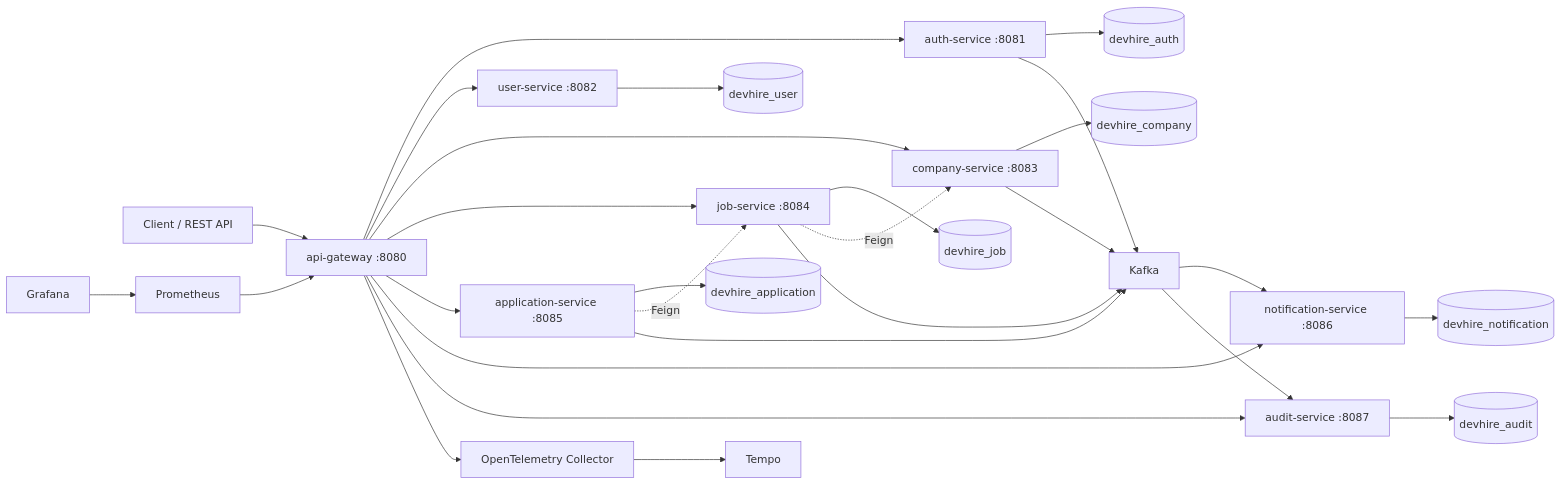
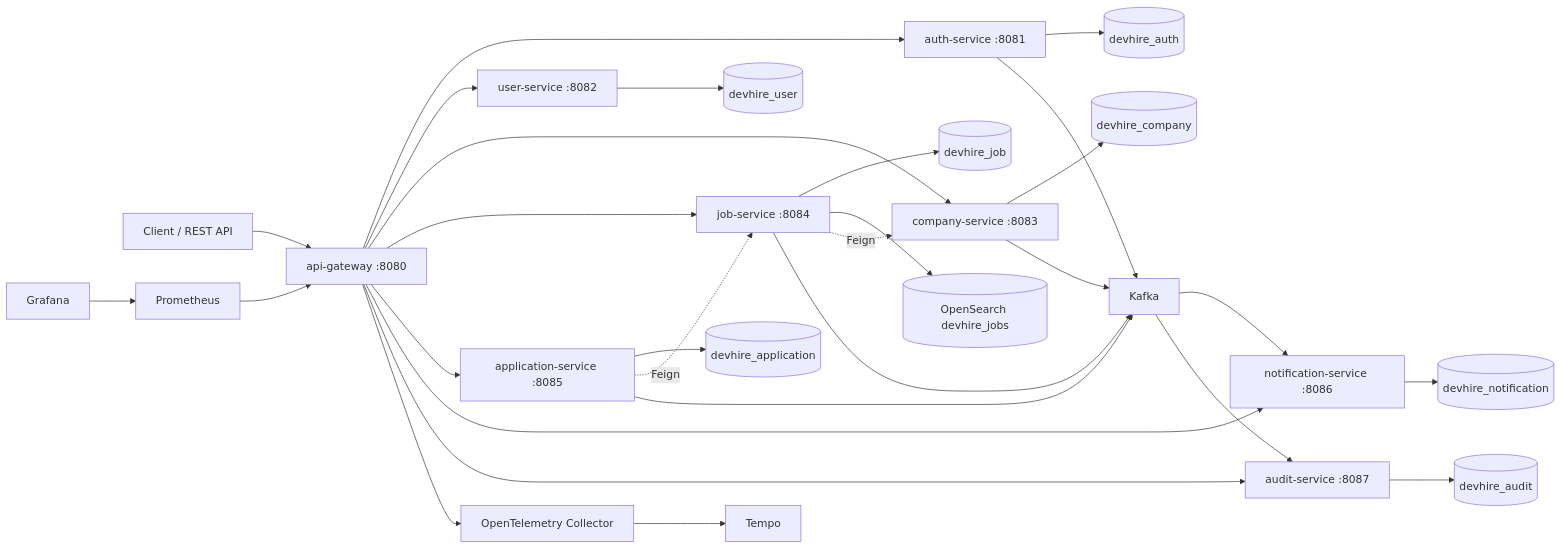
The diagram in README.md (JasonTM17/DevHire_Cloud_Spring_Microservices), drawn with Mermaid before and after one commit. The commit also changed other lines of this file and 24 other files, not shown here.

Commit message:
feat(job): add opensearch search adapter

````diff
--- a/README.md
+++ b/README.md
@@ -9,33 +9,34 @@
 ```mermaid
 flowchart LR
     Client["Client / REST API"] --> Gateway["api-gateway :8080"]
     Gateway --> Auth["auth-service :8081"]
     Gateway --> User["user-service :8082"]
     Gateway --> Company["company-service :8083"]
     Gateway --> Job["job-service :8084"]
     Gateway --> Application["application-service :8085"]
     Gateway --> Notification["notification-service :8086"]
     Gateway --> Audit["audit-service :8087"]
 
     Auth --> AuthDb[("devhire_auth")]
     User --> UserDb[("devhire_user")]
     Company --> CompanyDb[("devhire_company")]
     Job --> JobDb[("devhire_job")]
+    Job --> OpenSearch[("OpenSearch devhire_jobs")]
     Application --> AppDb[("devhire_application")]
     Notification --> NotiDb[("devhire_notification")]
     Audit --> AuditDb[("devhire_audit")]
 
     Job -. Feign .-> Company
     Application -. Feign .-> Job
     Auth --> Kafka["Kafka"]
     Company --> Kafka
     Job --> Kafka
     Application --> Kafka
     Kafka --> Notification
     Kafka --> Audit
 
     Prometheus["Prometheus"] --> Gateway
     Grafana["Grafana"] --> Prometheus
     Gateway --> OTel["OpenTelemetry Collector"]
     OTel --> Tempo["Tempo"]
 ```
````
